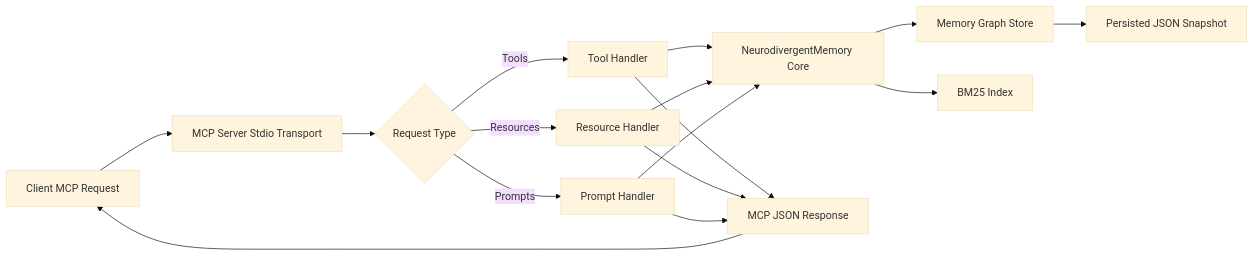
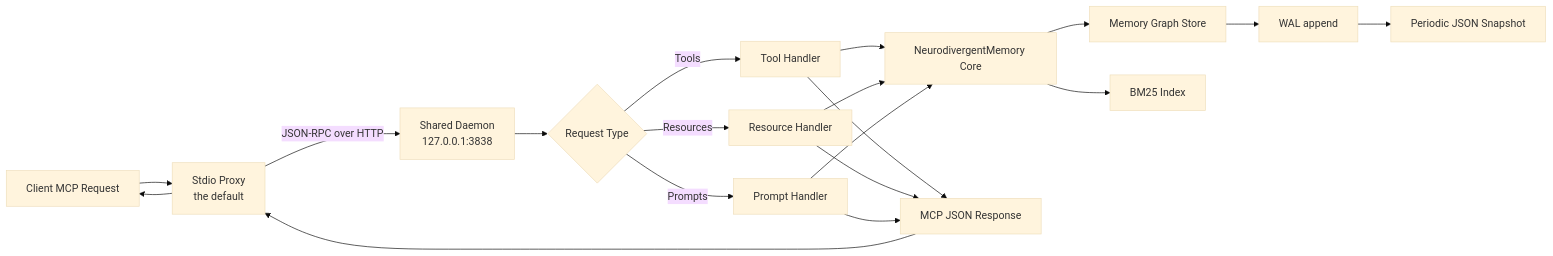
The diagram in README.md (jmeyer1980/neurodivergent-memory), drawn with Mermaid (base theme) before and after one commit. The commit also changed other lines of this file and 11 other files, not shown here.

````diff
--- a/README.md
+++ b/README.md
@@ -93,21 +93,24 @@
 ```mermaid
 flowchart LR
-  A[Client MCP Request] --> B[MCP Server Stdio Transport]
-  B --> C{Request Type}
+  A[Client MCP Request] --> B[Stdio Proxy<br/>the default]
+  B -->|JSON-RPC over HTTP| P[Shared Daemon<br/>127.0.0.1:3838]
+  P --> C{Request Type}
   C -->|Tools| D[Tool Handler]
   C -->|Resources| E[Resource Handler]
   C -->|Prompts| F[Prompt Handler]
 
   D --> G[NeurodivergentMemory Core]
   E --> G
   F --> G
 
   G --> H[Memory Graph Store]
   G --> I[BM25 Index]
-  H --> J[Persisted JSON Snapshot]
+  H --> W[WAL append]
+  W --> J[Periodic JSON Snapshot]
 
   D --> K[MCP JSON Response]
   E --> K
   F --> K
-  K --> A
+  K --> B
+  B --> A
 ```
````
